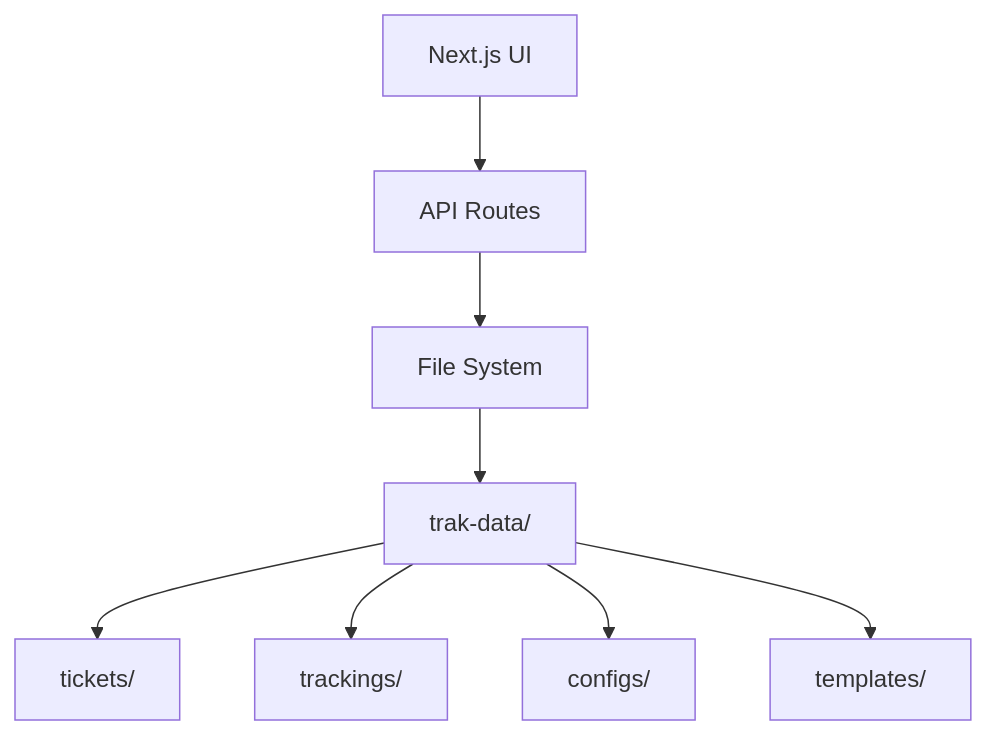
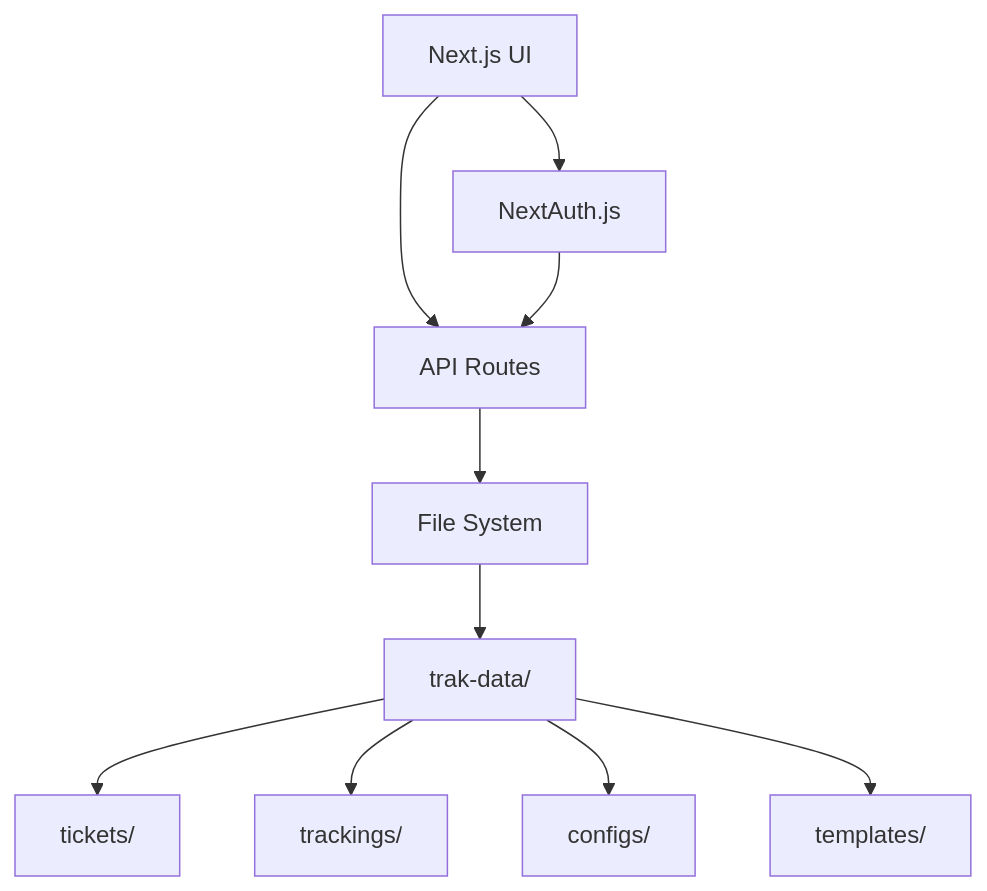
The first of 3 diagrams in 11_trak/memory-bank/systemPatterns.md (kaku3/workbooks), drawn with Mermaid before and after one commit. The commit also changed other lines of this file and 25 other files, not shown here.

````diff
--- a/11_trak/memory-bank/systemPatterns.md
+++ b/11_trak/memory-bank/systemPatterns.md
@@ -5,10 +5,12 @@
 ```mermaid
 flowchart TD
-    UI[Next.js UI] --> API[API Routes]
+    UI[Next.js UI] --> Auth[NextAuth.js]
+    UI --> API[API Routes]
+    Auth --> API
     API --> FS[File System]
     FS --> TD[trak-data/]
     TD --> T[tickets/]
     TD --> TR[trackings/]
     TD --> C[configs/]
     TD --> TP[templates/]
 ```
````
